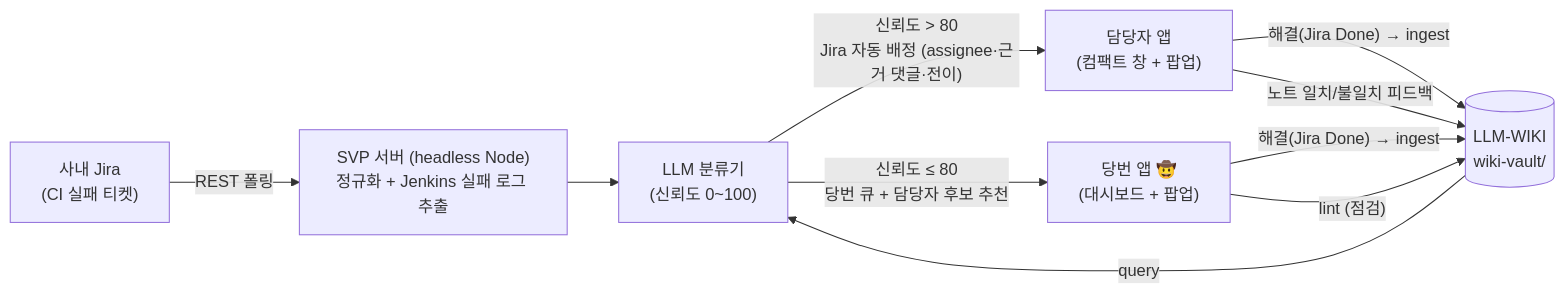
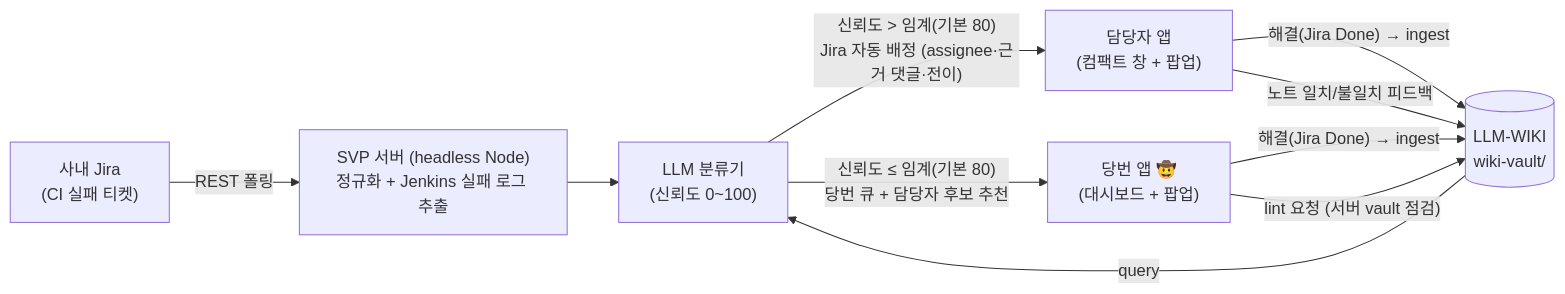
One commit to shin-son/sheriff-avatar-project changed the diagram in README.md. Above: the diagram before and after it, drawn with Mermaid. The commit also changed other lines of this file and 5 other files, not shown here.

````diff
--- a/README.md
+++ b/README.md
@@ -13,12 +13,12 @@
 ```mermaid
 flowchart LR
     JIRA["사내 Jira<br/>(CI 실패 티켓)"] -- "REST 폴링" --> SRV["SVP 서버 (headless Node)<br/>정규화 + Jenkins 실패 로그 추출"]
     WIKI[("LLM-WIKI<br/>wiki-vault/")] -- "query" --> CLS
     SRV --> CLS["LLM 분류기<br/>(신뢰도 0~100)"]
-    CLS -- "신뢰도 > 80<br/>Jira 자동 배정 (assignee·근거 댓글·전이)" --> OWNER["담당자 앱<br/>(컴팩트 창 + 팝업)"]
-    CLS -- "신뢰도 ≤ 80<br/>당번 큐 + 담당자 후보 추천" --> SHERIFF["당번 앱 🤠<br/>(대시보드 + 팝업)"]
+    CLS -- "신뢰도 > 임계(기본 80)<br/>Jira 자동 배정 (assignee·근거 댓글·전이)" --> OWNER["담당자 앱<br/>(컴팩트 창 + 팝업)"]
+    CLS -- "신뢰도 ≤ 임계(기본 80)<br/>당번 큐 + 담당자 후보 추천" --> SHERIFF["당번 앱 🤠<br/>(대시보드 + 팝업)"]
     OWNER -- "해결(Jira Done) → ingest" --> WIKI
     SHERIFF -- "해결(Jira Done) → ingest" --> WIKI
     OWNER -- "노트 일치/불일치 피드백" --> WIKI
-    SHERIFF -- "lint (점검)" --> WIKI
+    SHERIFF -- "lint 요청 (서버 vault 점검)" --> WIKI
 ```
````
